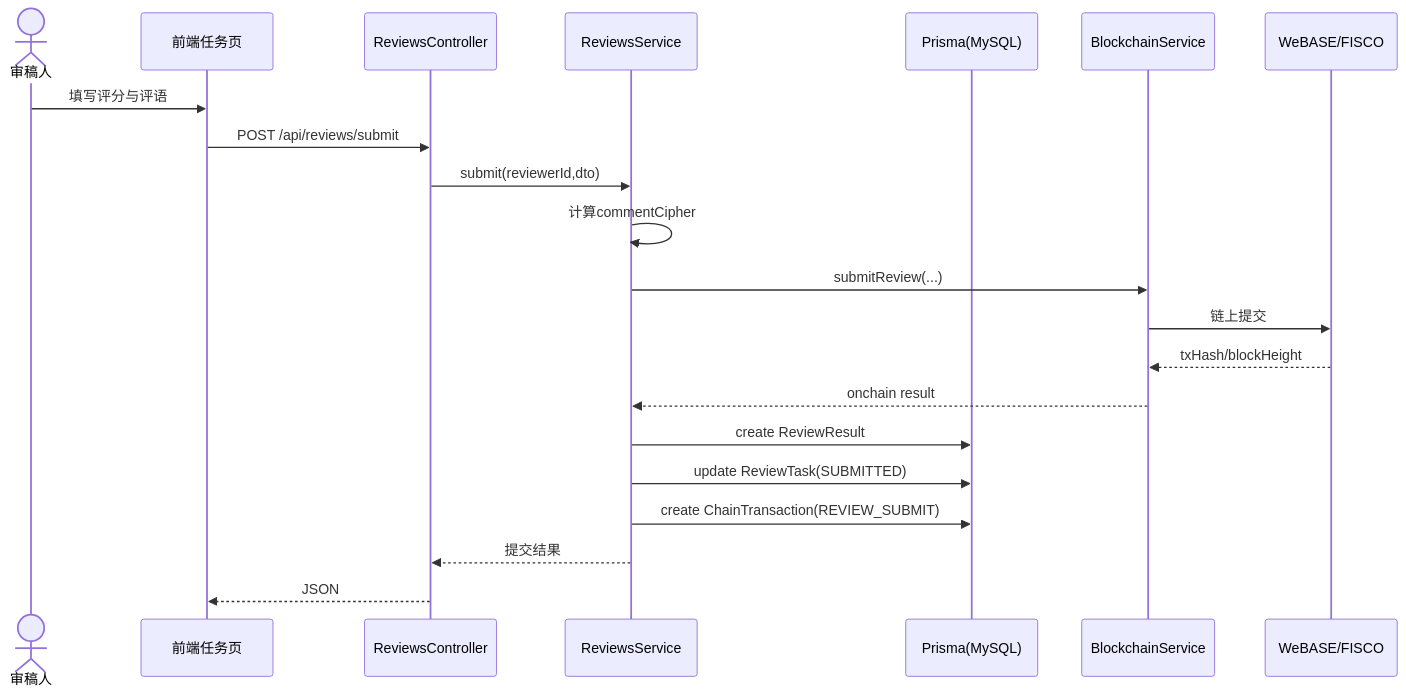
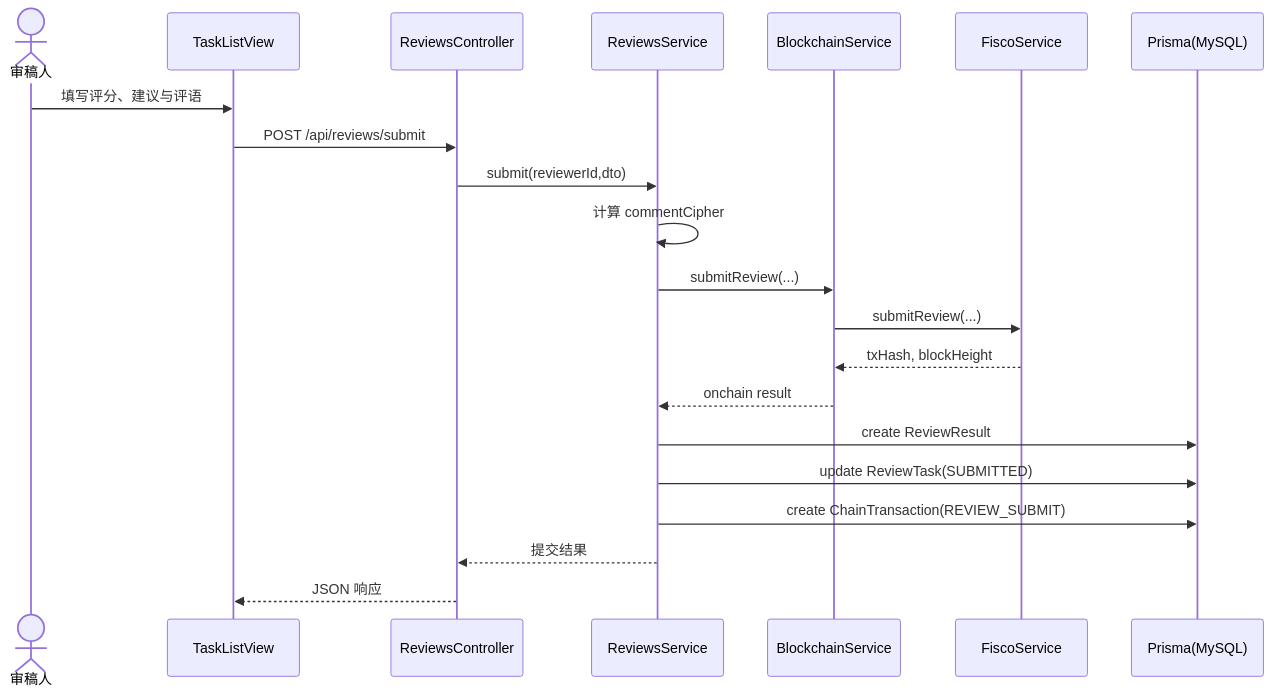
Before and after one commit to fs36/ConfChain: the fourth of 13 diagrams in docs/概要设计说明书.md, drawn with Mermaid. The commit also changed other lines of this file and 3 other files, not shown here.

````diff
--- a/docs/概要设计说明书.md
+++ b/docs/概要设计说明书.md
@@ -553,24 +576,24 @@
 ```mermaid
 sequenceDiagram
   actor R as 审稿人
-  participant V as 前端任务页
+  participant V as TaskListView
   participant C as ReviewsController
   participant S as ReviewsService
+  participant B as BlockchainService
+  participant F as FiscoService
   participant D as Prisma(MySQL)
-  participant B as BlockchainService
-  participant W as WeBASE/FISCO
 
-  R->>V: 填写评分与评语
+  R->>V: 填写评分、建议与评语
   V->>C: POST /api/reviews/submit
   C->>S: submit(reviewerId,dto)
-  S->>S: 计算commentCipher
+  S->>S: 计算 commentCipher
   S->>B: submitReview(...)
-  B->>W: 链上提交
-  W-->>B: txHash/blockHeight
+  B->>F: submitReview(...)
+  F-->>B: txHash, blockHeight
   B-->>S: onchain result
   S->>D: create ReviewResult
   S->>D: update ReviewTask(SUBMITTED)
   S->>D: create ChainTransaction(REVIEW_SUBMIT)
   S-->>C: 提交结果
-  C-->>V: JSON
+  C-->>V: JSON 响应
 ```
````
